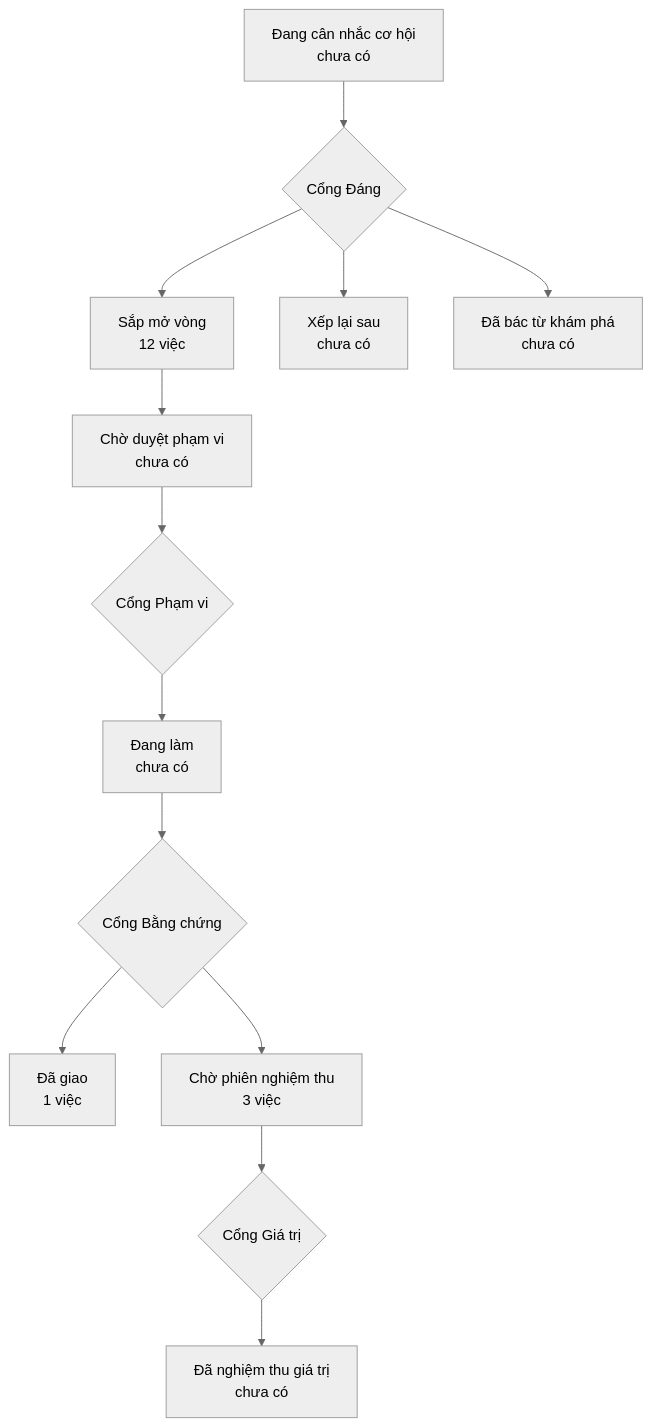
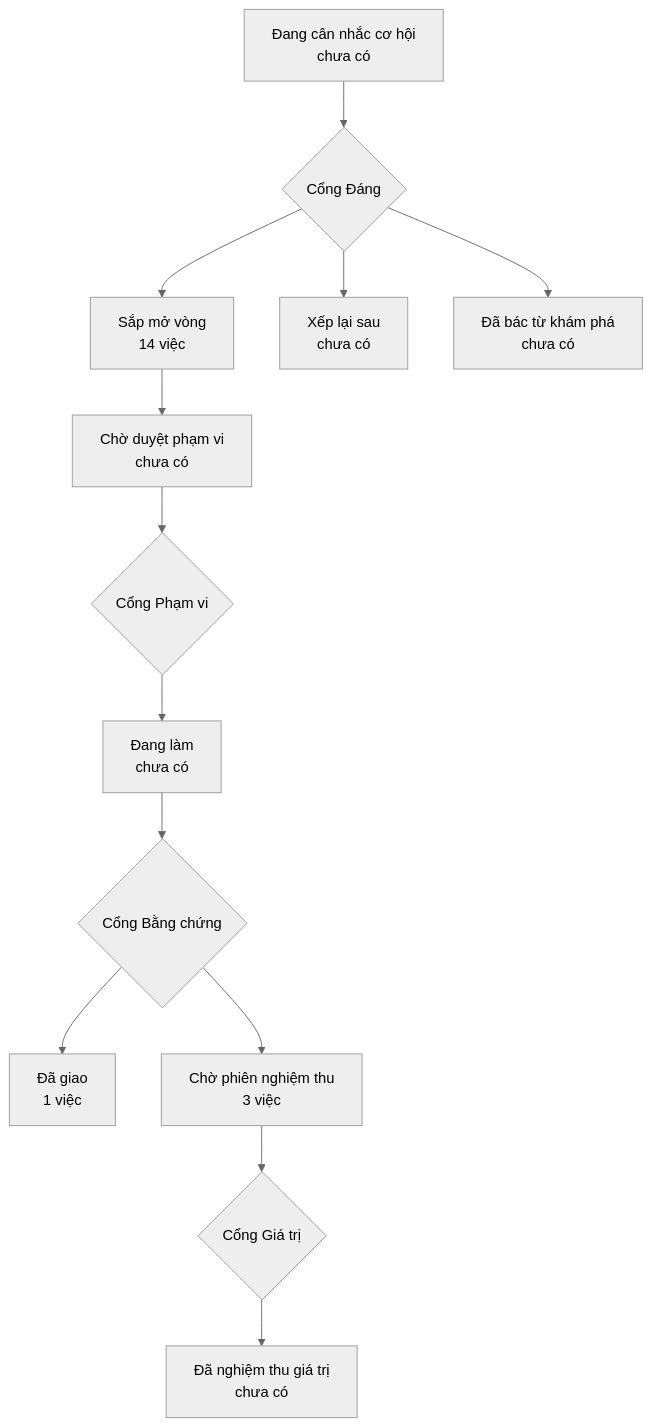
The diagram in PRODUCT-MAP.md (phanlemanh/onehub-inventory), drawn with Mermaid (neutral theme) before and after one commit. The commit also changed other lines of this file and 1 other file, not shown here.

Commit message:
chore(danh-muc-reui): regenerate product map and roadmap page after merging main

````diff
--- a/PRODUCT-MAP.md
+++ b/PRODUCT-MAP.md
@@ -7,12 +7,12 @@
 ```mermaid
 flowchart TD
   A["Đang cân nhắc cơ hội<br/>chưa có"] --> GD{"Cổng Đáng"}
-  GD --> B["Sắp mở vòng<br/>12 việc"]
+  GD --> B["Sắp mở vòng<br/>14 việc"]
   GD --> XL["Xếp lại sau<br/>chưa có"]
   GD --> DB["Đã bác từ khám phá<br/>chưa có"]
   B --> CD["Chờ duyệt phạm vi<br/>chưa có"] --> GP{"Cổng Phạm vi"}
   GP --> DL["Đang làm<br/>chưa có"] --> GB{"Cổng Bằng chứng"}
   GB --> DG["Đã giao<br/>1 việc"]
   GB --> CN["Chờ phiên nghiệm thu<br/>3 việc"] --> GG{"Cổng Giá trị"}
   GG --> NT["Đã nghiệm thu giá trị<br/>chưa có"]
 ```
````
